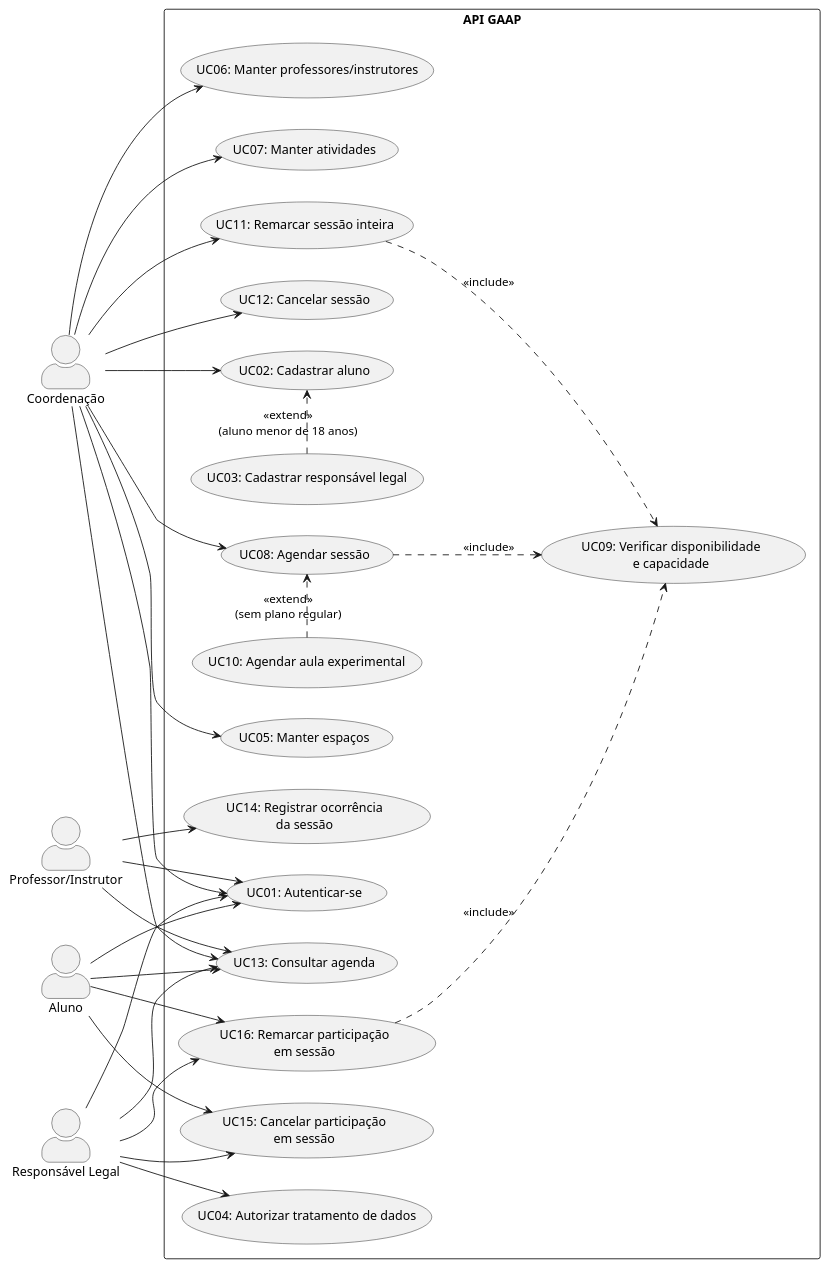
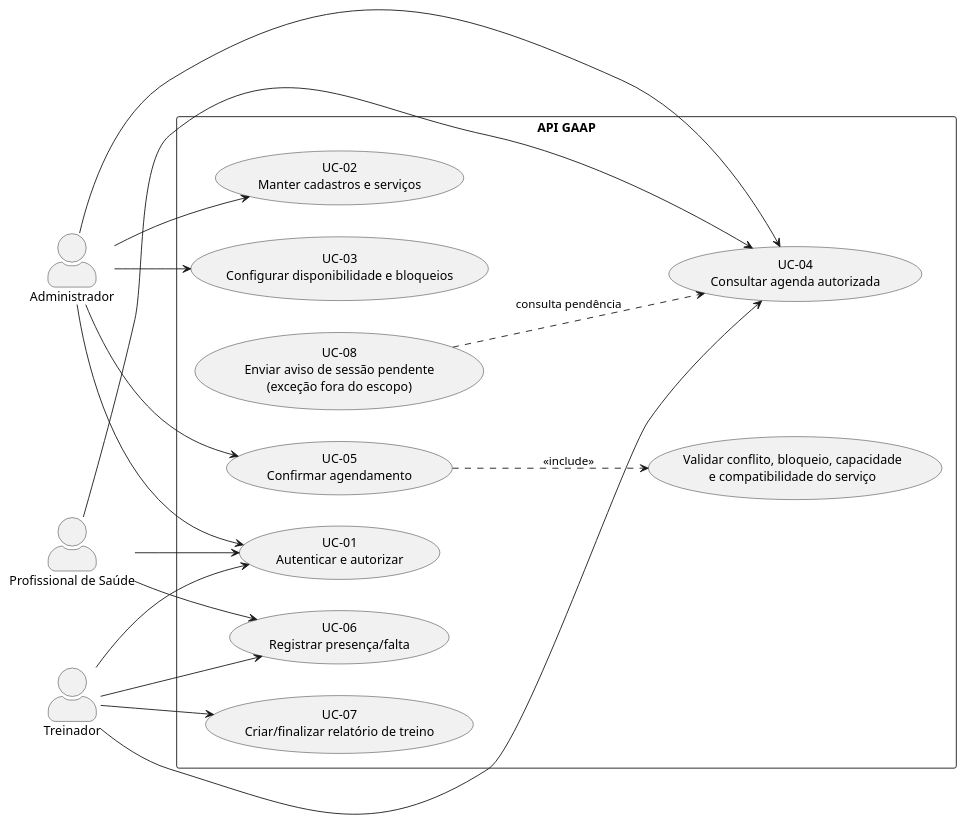
Before and after one commit to Projetos-de-Extensao/PECDII_26.2_8001_I: the diagram in docs/Elaboracao/casos_de_uso.md, drawn with PlantUML. The commit also changed other lines of this file and 15 other files, not shown here.

````diff
--- a/docs/Elaboracao/casos_de_uso.md
+++ b/docs/Elaboracao/casos_de_uso.md
@@ -50,63 +32,37 @@
 ```plantuml
-@startuml pkz_lab_casos_de_uso
+@startuml gaap_casos_de_uso
 left to right direction
 skinparam actorStyle awesome
-skinparam packageStyle rectangle
 
-actor "Coordenação" as Coord
-actor "Professor/Instrutor" as Prof
-actor "Aluno" as Aluno
-actor "Responsável Legal" as Resp
+actor Administrador as Admin
+actor Treinador as Trainer
+actor "Profissional de Saúde" as Health
 
 rectangle "API GAAP" {
-  usecase "UC01: Autenticar-se" as UC01
-  usecase "UC02: Cadastrar aluno" as UC02
-  usecase "UC03: Cadastrar responsável legal" as UC03
-  usecase "UC04: Autorizar tratamento de dados" as UC04
-  usecase "UC05: Manter espaços" as UC05
-  usecase "UC06: Manter professores/instrutores" as UC06
-  usecase "UC07: Manter atividades" as UC07
-  usecase "UC08: Agendar sessão" as UC08
-  usecase "UC09: Verificar disponibilidade\ne capacidade" as UC09
-  usecase "UC10: Agendar aula experimental" as UC10
-  usecase "UC11: Remarcar sessão inteira" as UC11
-  usecase "UC12: Cancelar sessão" as UC12
-  usecase "UC13: Consultar agenda" as UC13
-  usecase "UC14: Registrar ocorrência\nda sessão" as UC14
-  usecase "UC15: Cancelar participação\nem sessão" as UC15
-  usecase "UC16: Remarcar participação\nem sessão" as UC16
+  usecase "UC-01\nAutenticar e autorizar" as UC01
+  usecase "UC-02\nManter cadastros e serviços" as UC02
+  usecase "UC-03\nConfigurar disponibilidade e bloqueios" as UC03
+  usecase "UC-04\nConsultar agenda autorizada" as UC04
+  usecase "UC-05\nConfirmar agendamento" as UC05
+  usecase "Validar conflito, bloqueio, capacidade\ne compatibilidade do serviço" as VALID
+  usecase "UC-06\nRegistrar presença/falta" as UC06
+  usecase "UC-07\nCriar/finalizar relatório de treino" as UC07
+  usecase "UC-08\nEnviar aviso de sessão pendente\n(exceção fora do escopo)" as UC08
 }
 
-Coord --> UC01
-Coord --> UC02
-Coord --> UC05
-Coord --> UC06
-Coord --> UC07
-Coord --> UC08
-Coord --> UC11
-Coord --> UC12
-Coord --> UC13
-
-Prof --> UC01
-Prof --> UC13
-Prof --> UC14
-
-Aluno --> UC01
-Aluno --> UC16
-Aluno --> UC15
-Aluno --> UC13
-
-Resp --> UC01
-Resp --> UC04
-Resp --> UC16
-Resp --> UC15
-Resp --> UC13
-
-UC03 .> UC02 : <<extend>>\n(aluno menor de 18 anos)
-UC08 ..> UC09 : <<include>>
-UC11 ..> UC09 : <<include>>
-UC16 ..> UC09 : <<include>>
-UC10 .> UC08 : <<extend>>\n(sem plano regular)
-
+Admin --> UC01
+Admin --> UC02
+Admin --> UC03
+Admin --> UC04
+Admin --> UC05
+Trainer --> UC01
+Trainer --> UC04
+Trainer --> UC06
+Trainer --> UC07
+Health --> UC01
+Health --> UC04
+Health --> UC06
+UC05 ..> VALID : <<include>>
+UC08 ..> UC04 : consulta pendência
 @enduml
 ```
````
